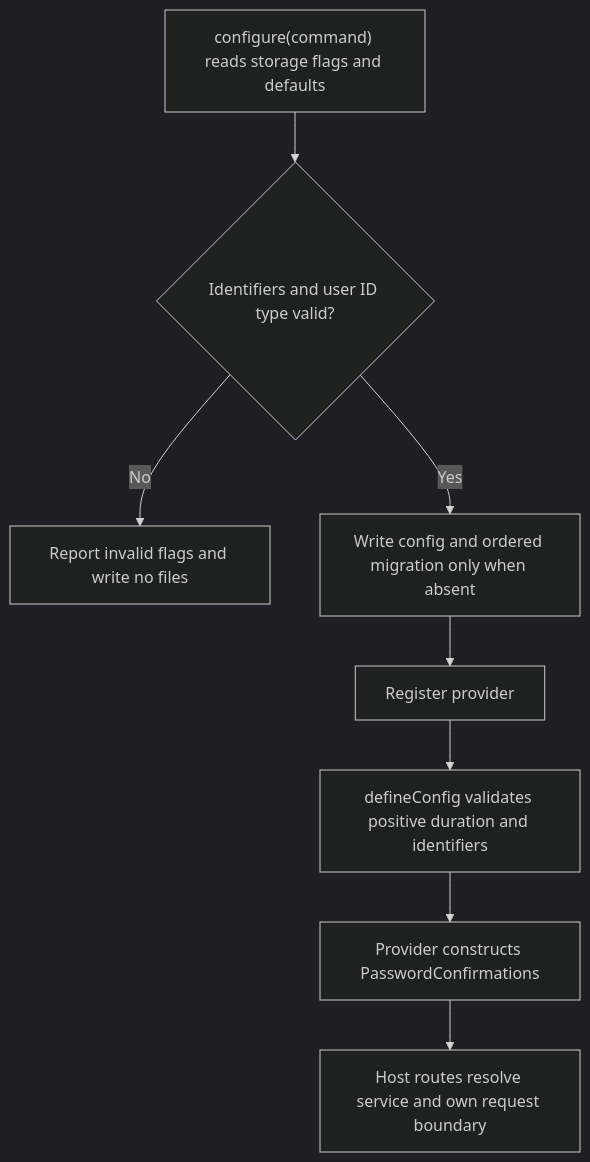
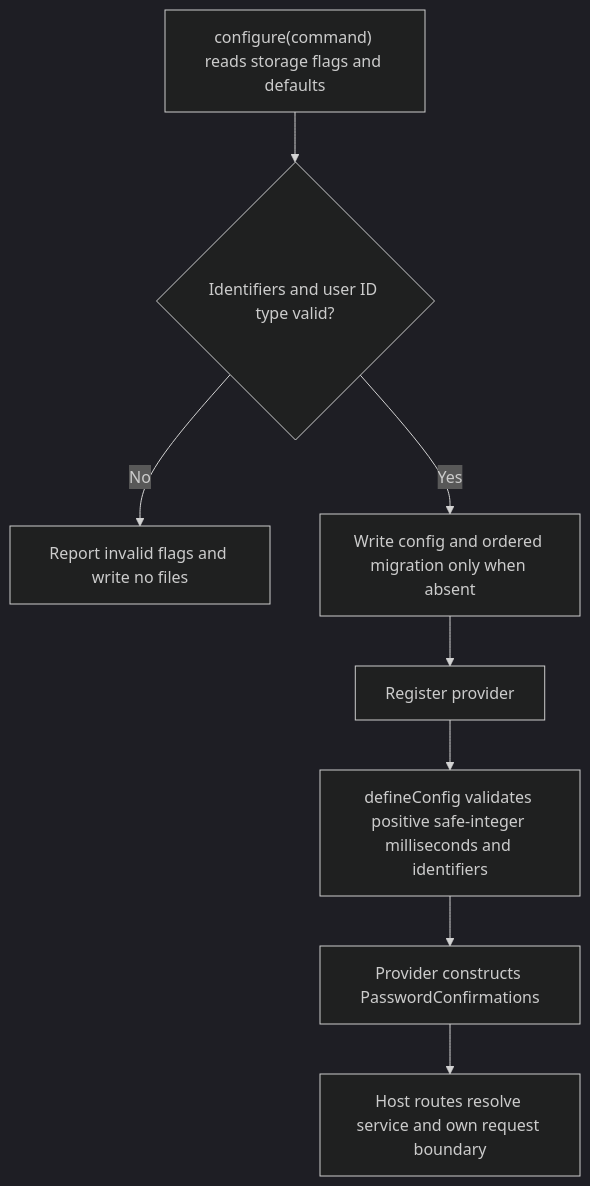
One commit to Kevinjohn/oss-adonisjs-confirm-action-with-password changed the second of 2 diagrams in user-stories/US-CONFIRM-04-configure-confirmations.md. Above: the diagram before and after it, drawn with Mermaid (dark theme). The commit also changed other lines of this file, not shown here.

Commit message:
docs: clarify confirmation window units

````diff
--- a/user-stories/US-CONFIRM-04-configure-confirmations.md
+++ b/user-stories/US-CONFIRM-04-configure-confirmations.md
@@ -39,10 +39,10 @@
 ```mermaid
 flowchart TD
     A["configure(command) reads storage flags and defaults"] --> B{"Identifiers and user ID type valid?"}
     B -->|No| C["Report invalid flags and write no files"]
     B -->|Yes| D["Write config and ordered migration only when absent"]
     D --> E["Register provider"]
-    E --> F["defineConfig validates positive duration and identifiers"]
+    E --> F["defineConfig validates positive safe-integer milliseconds and identifiers"]
     F --> G["Provider constructs PasswordConfirmations"]
     G --> H["Host routes resolve service and own request boundary"]
 ```
````
